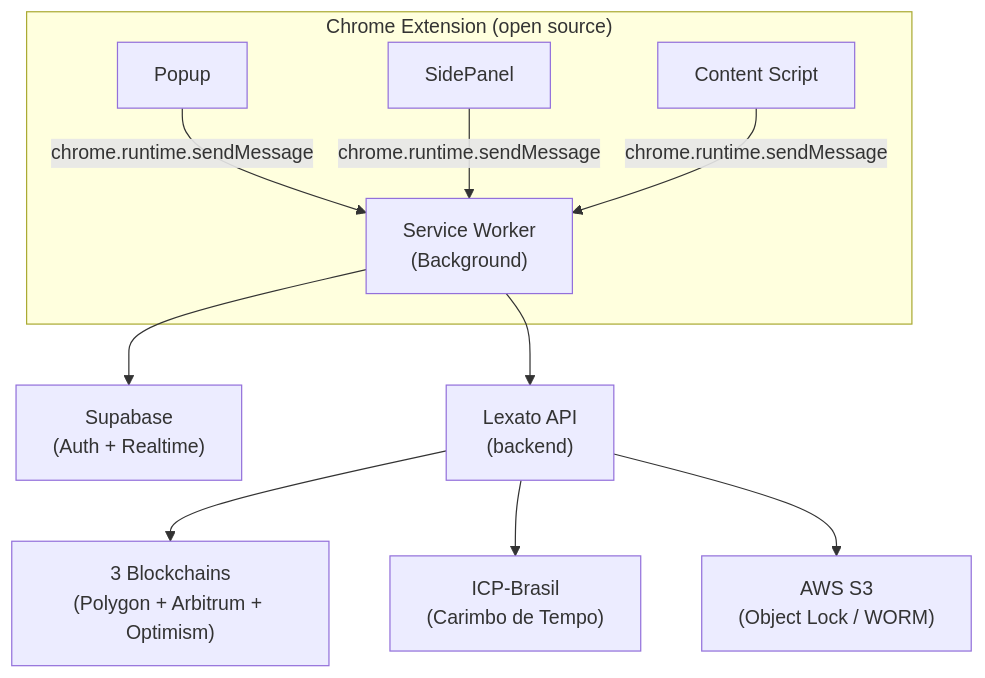
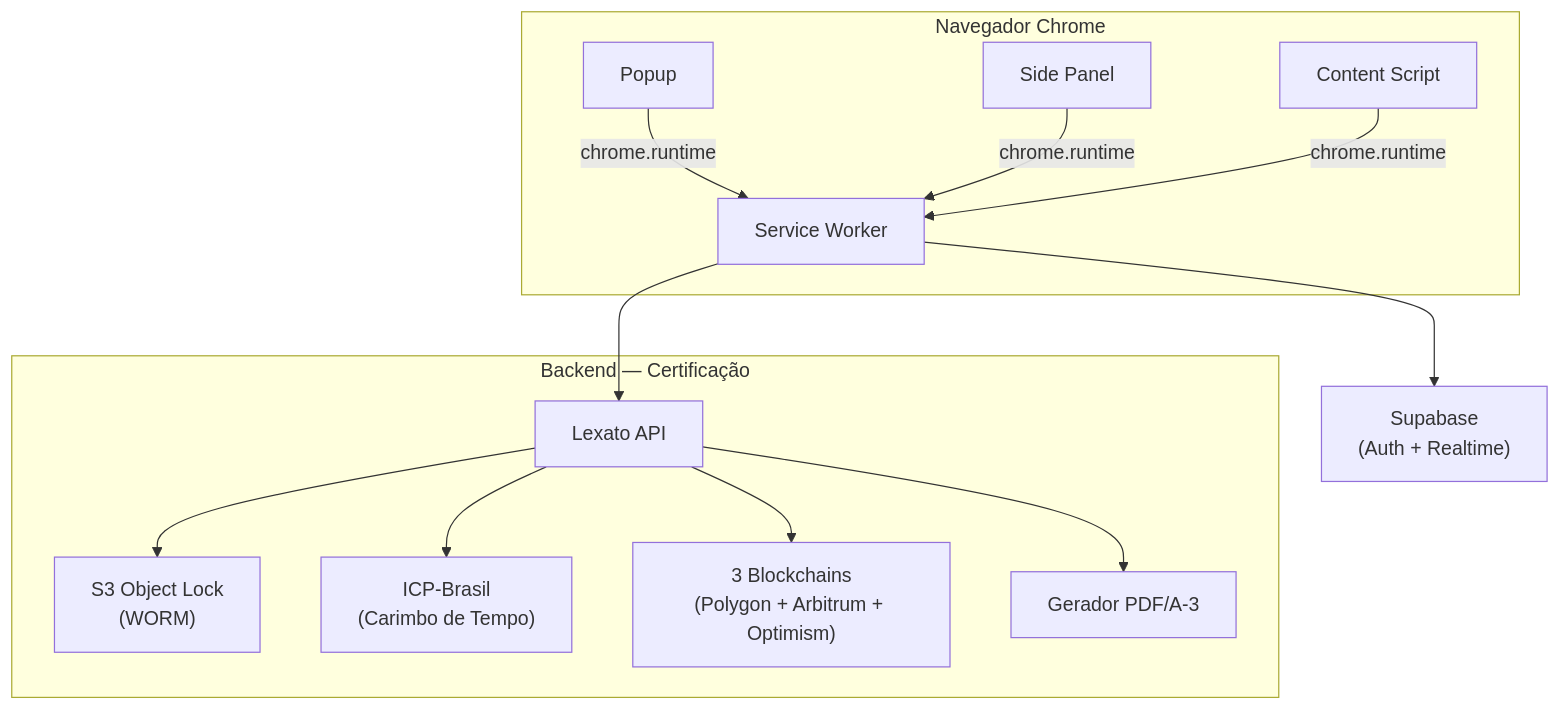
One commit to LexatoBR/lexato-extension changed the third of 3 diagrams in README.md. Above: the diagram before and after it, drawn with Mermaid. The commit also changed other lines of this file and 2 other files, not shown here.

````diff
--- a/README.md
+++ b/README.md
@@ -118,15 +154,19 @@
 ```mermaid
 graph TD
-    subgraph ext["Chrome Extension (open source)"]
-        Popup
-        SidePanel
-        ContentScript["Content Script"]
-        Popup & SidePanel & ContentScript -->|chrome.runtime.sendMessage| SW["Service Worker<br/>(Background)"]
+    subgraph chrome["Navegador Chrome"]
+        Popup["Popup"]
+        SidePanel["Side Panel"]
+        Content["Content Script"]
+        Popup & SidePanel & Content -->|chrome.runtime| SW["Service Worker"]
     end
 
-    SW --> Supabase["Supabase<br/>(Auth + Realtime)"]
-    SW --> API["Lexato API<br/>(backend)"]
-    API --> Blockchain["3 Blockchains<br/>(Polygon + Arbitrum + Optimism)"]
-    API --> ICP["ICP-Brasil<br/>(Carimbo de Tempo)"]
-    API --> S3["AWS S3<br/>(Object Lock / WORM)"]
+    SW --> Supa["Supabase<br/>(Auth + Realtime)"]
+    SW --> API["Lexato API"]
+
+    subgraph backend["Backend — Certificação"]
+        API --> S3["S3 Object Lock<br/>(WORM)"]
+        API --> ICP["ICP-Brasil<br/>(Carimbo de Tempo)"]
+        API --> BC["3 Blockchains<br/>(Polygon + Arbitrum + Optimism)"]
+        API --> PDF["Gerador PDF/A-3"]
+    end
 ```
````
